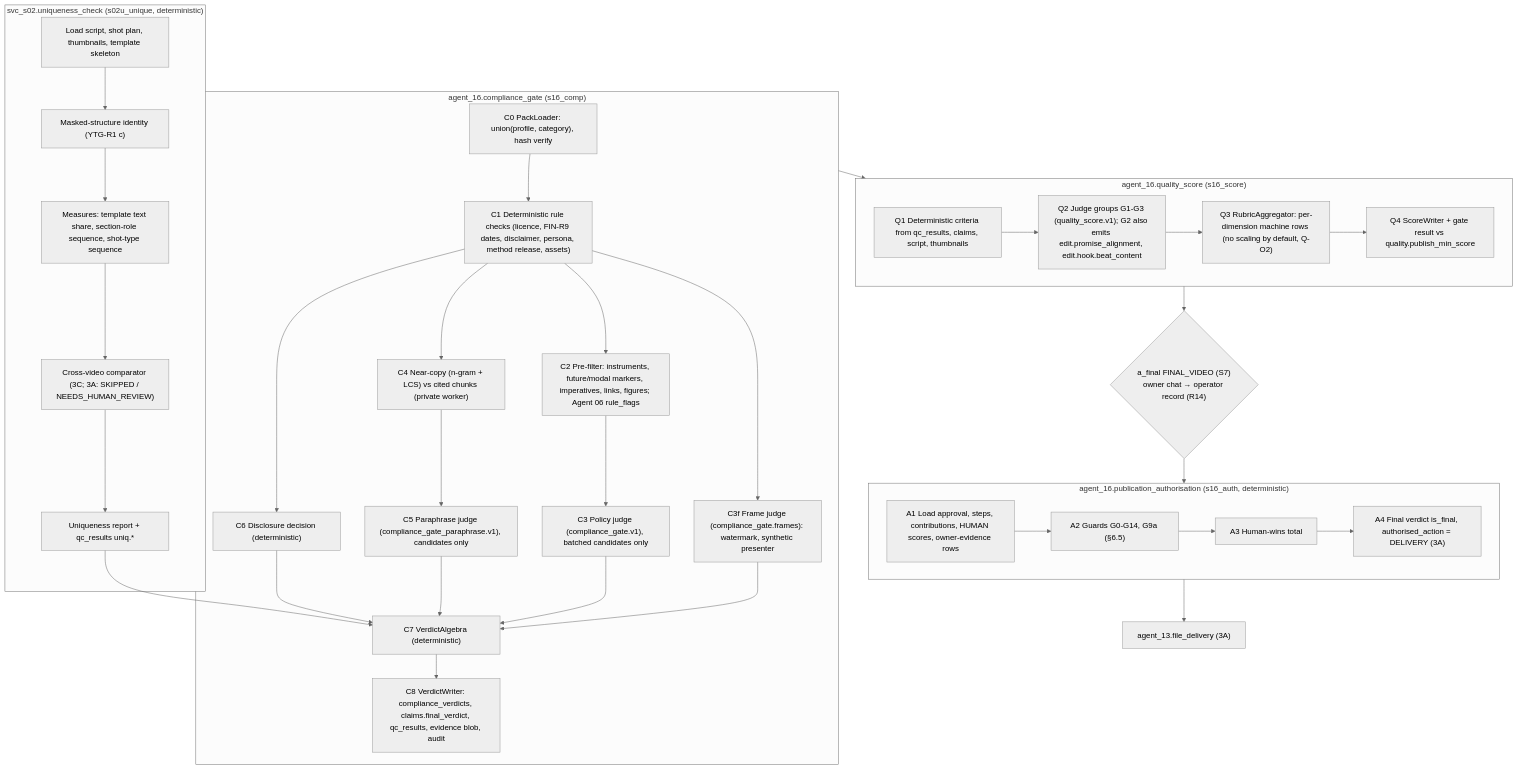
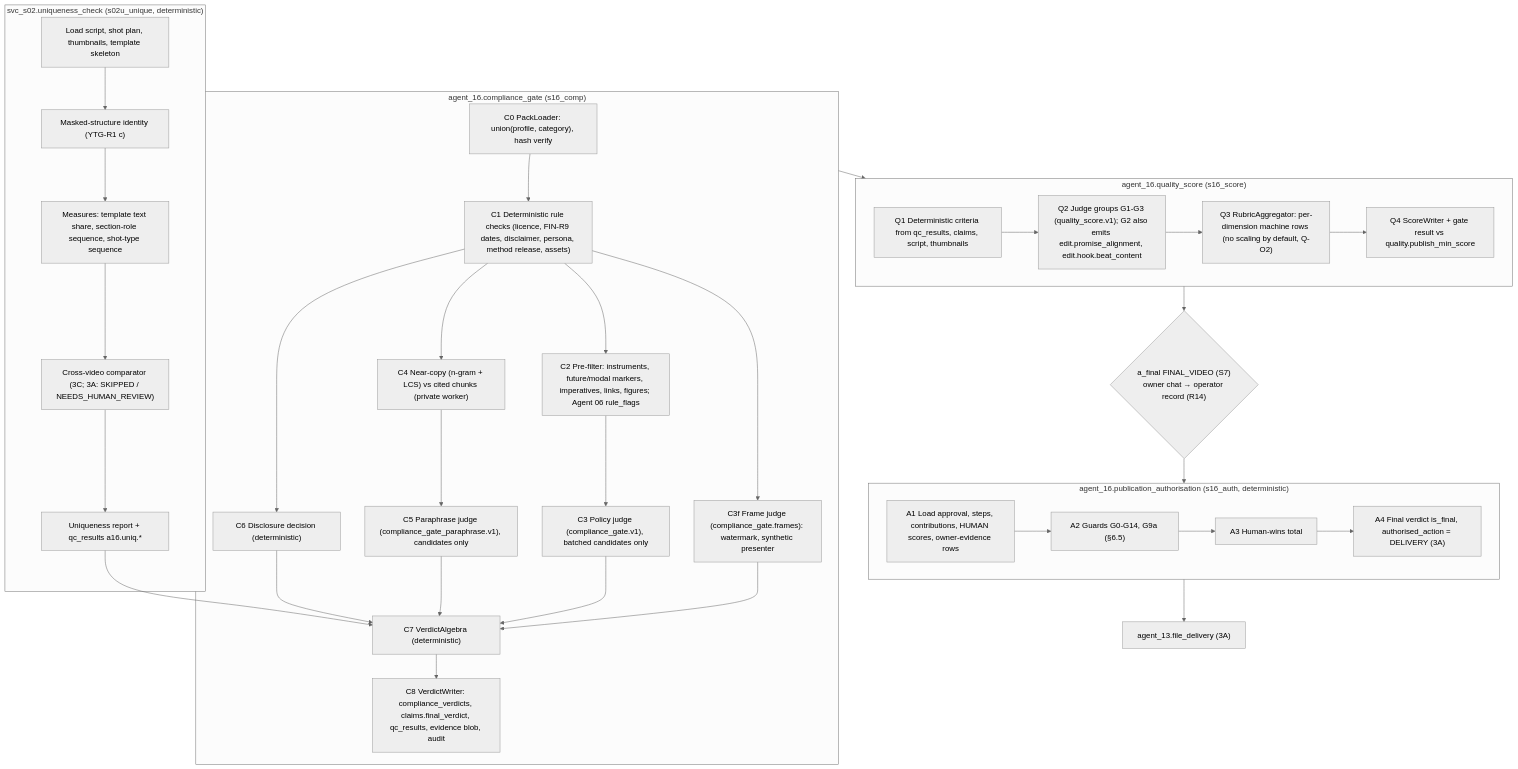
The diagram in docs/v4/agents/agent_16_compliance_qa.md (abhiwasu007-a11y/Media), drawn with Mermaid (neutral theme) before and after one commit. The commit also changed other lines of this file, not shown here.

````diff
--- a/docs/v4/agents/agent_16_compliance_qa.md
+++ b/docs/v4/agents/agent_16_compliance_qa.md
@@ -101,38 +101,38 @@
 ```mermaid
 flowchart TD
   subgraph S02["svc_s02.uniqueness_check (s02u_unique, deterministic)"]
     U1["Load script, shot plan, thumbnails, template skeleton"] --> U2["Masked-structure identity (YTG-R1 c)"]
     U2 --> U3["Measures: template text share, section-role sequence, shot-type sequence"]
     U3 --> U4["Cross-video comparator (3C; 3A: SKIPPED / NEEDS_HUMAN_REVIEW)"]
-    U4 --> U5["Uniqueness report + qc_results uniq.*"]
+    U4 --> U5["Uniqueness report + qc_results a16.uniq.*"]
   end
   subgraph CG["agent_16.compliance_gate (s16_comp)"]
     C0["C0 PackLoader: union(profile, category), hash verify"] --> C1["C1 Deterministic rule checks (licence, FIN-R9 dates, disclaimer, persona, method release, assets)"]
     C1 --> C2["C2 Pre-filter: instruments, future/modal markers, imperatives, links, figures; Agent 06 rule_flags"]
     C2 --> C3["C3 Policy judge (compliance_gate.v1), batched candidates only"]
     C1 --> C3F["C3f Frame judge (compliance_gate.frames): watermark, synthetic presenter"]
     C3F --> C7
     C1 --> C4["C4 Near-copy (n-gram + LCS) vs cited chunks (private worker)"]
     C4 --> C5["C5 Paraphrase judge (compliance_gate_paraphrase.v1), candidates only"]
     C1 --> C6["C6 Disclosure decision (deterministic)"]
     C3 --> C7["C7 VerdictAlgebra (deterministic)"]
     C5 --> C7
     C6 --> C7
     U5 --> C7
     C7 --> C8["C8 VerdictWriter: compliance_verdicts, claims.final_verdict, qc_results, evidence blob, audit"]
   end
   subgraph QS["agent_16.quality_score (s16_score)"]
     Q1["Q1 Deterministic criteria from qc_results, claims, script, thumbnails"] --> Q2["Q2 Judge groups G1-G3 (quality_score.v1); G2 also emits edit.promise_alignment, edit.hook.beat_content"]
     Q2 --> Q3["Q3 RubricAggregator: per-dimension machine rows (no scaling by default, Q-O2)"]
     Q3 --> Q4["Q4 ScoreWriter + gate result vs quality.publish_min_score"]
   end
   subgraph PA["agent_16.publication_authorisation (s16_auth, deterministic)"]
     A1["A1 Load approval, steps, contributions, HUMAN scores, owner-evidence rows"] --> A2["A2 Guards G0-G14, G9a (§6.5)"]
     A2 --> A3["A3 Human-wins total"]
     A3 --> A4["A4 Final verdict is_final, authorised_action = DELIVERY (3A)"]
   end
   CG --> QS
   QS --> AF{"a_final FINAL_VIDEO (S7)<br/>owner chat → operator record (R14)"}
   AF --> PA
   PA --> D["agent_13.file_delivery (3A)"]
 ```
````
